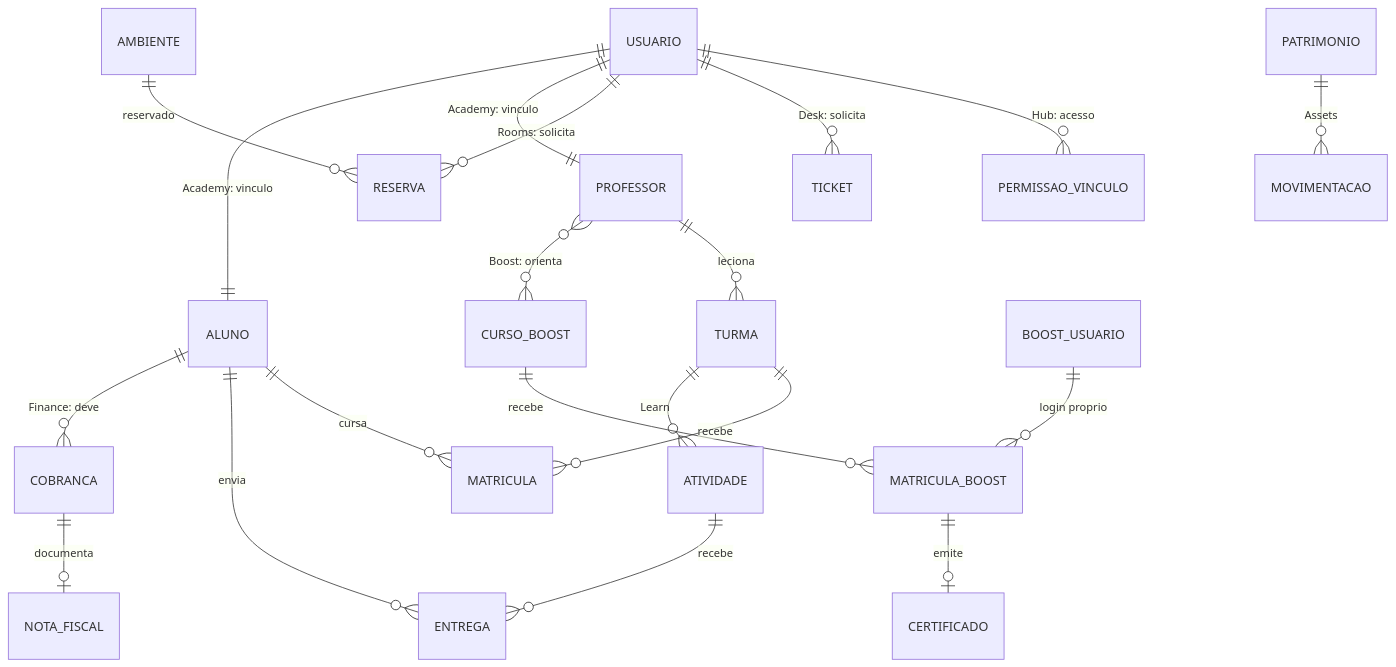
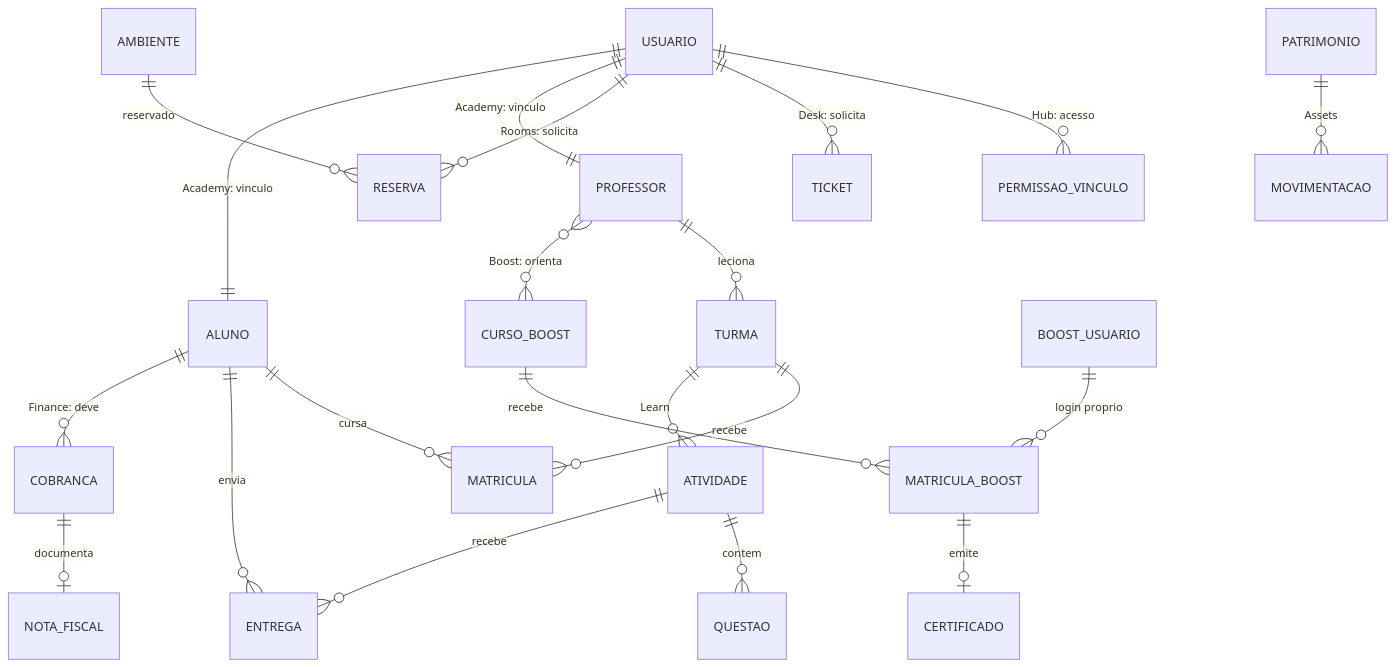
One commit to bebberjoao/RoosterOneBackend changed the diagram in docs/diagramas/src/erd-geral.mmd. Above: the diagram before and after it, drawn with Mermaid. The commit also changed 30 other files, not shown here.

```diff
--- a/docs/diagramas/src/erd-geral.mmd
+++ b/docs/diagramas/src/erd-geral.mmd
@@ -1,20 +1,21 @@
 erDiagram
   USUARIO ||--o{ PERMISSAO_VINCULO : "Hub: acesso"
   USUARIO ||--o{ TICKET : "Desk: solicita"
   USUARIO ||--o{ RESERVA : "Rooms: solicita"
   USUARIO ||--|| PROFESSOR : "Academy: vinculo"
   USUARIO ||--|| ALUNO : "Academy: vinculo"
   PROFESSOR ||--o{ TURMA : leciona
   ALUNO ||--o{ MATRICULA : cursa
   TURMA ||--o{ MATRICULA : recebe
   TURMA ||--o{ ATIVIDADE : "Learn"
+  ATIVIDADE ||--o{ QUESTAO : contem
   ATIVIDADE ||--o{ ENTREGA : recebe
   ALUNO ||--o{ ENTREGA : envia
   ALUNO ||--o{ COBRANCA : "Finance: deve"
   COBRANCA ||--o| NOTA_FISCAL : documenta
   PROFESSOR }o--o{ CURSO_BOOST : "Boost: orienta"
   BOOST_USUARIO ||--o{ MATRICULA_BOOST : "login proprio"
   CURSO_BOOST ||--o{ MATRICULA_BOOST : recebe
   MATRICULA_BOOST ||--o| CERTIFICADO : emite
   AMBIENTE ||--o{ RESERVA : reservado
   PATRIMONIO ||--o{ MOVIMENTACAO : "Assets"
```
